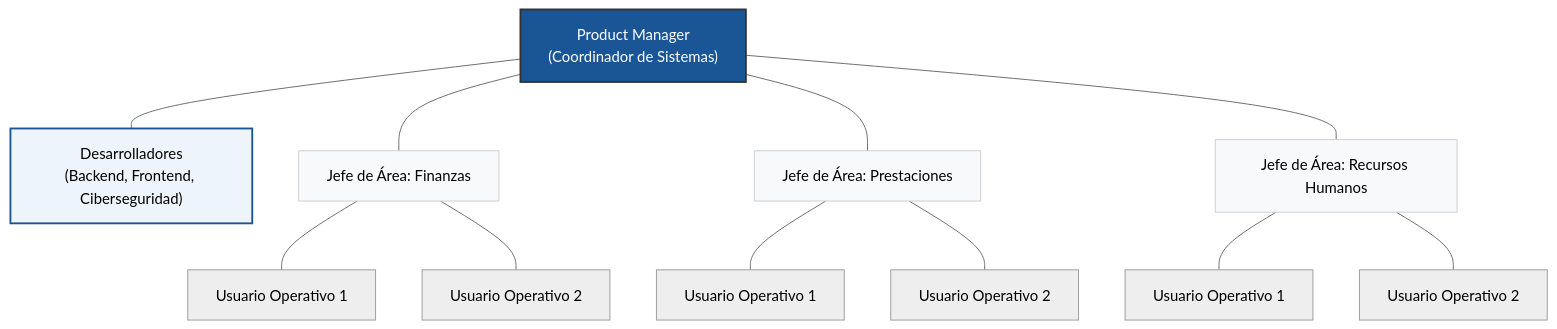
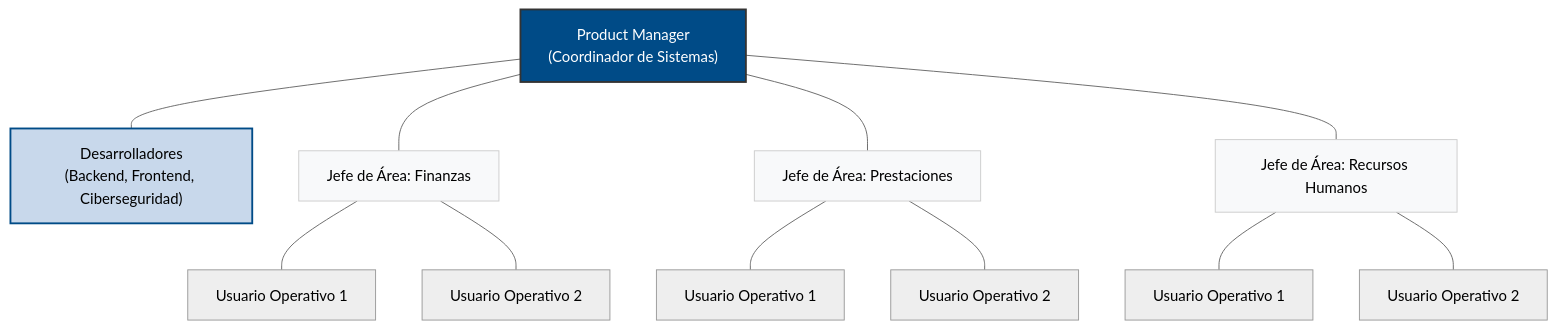
Before and after one commit to Jacquihuhe/Propuesta_Proyecto_ISSEG: the diagram in roles.mmd, drawn with Mermaid (neutral theme). The commit also changed 25 other files, not shown here.

```diff
--- a/roles.mmd
+++ b/roles.mmd
@@ -1,39 +1,39 @@
 graph TD
     %% Nivel Administrativo (Sistemas)
     PM["Product Manager<br/>(Coordinador de Sistemas)"] 
     
     %% Equipo Técnico (Sistemas)
     DEV["Desarrolladores<br/>(Backend, Frontend, Ciberseguridad)"]
     
     %% Liderazgo de Áreas Solicitantes
     JA1["Jefe de Área: Finanzas"]
     JA2["Jefe de Área: Prestaciones"]
     JA3["Jefe de Área: Recursos Humanos"]
     
     %% Personal Operativo por Área
     U1A[Usuario Operativo 1]
     U1B[Usuario Operativo 2]
     U2A[Usuario Operativo 1]
     U2B[Usuario Operativo 2]
     U3A[Usuario Operativo 1]
     U3B[Usuario Operativo 2]
 
     %% Conexiones de Jerarquía
     PM --- DEV
     PM --- JA1
     PM --- JA2
     PM --- JA3
     
     JA1 --- U1A
     JA1 --- U1B
     JA2 --- U2A
     JA2 --- U2B
     JA3 --- U3A
     JA3 --- U3B
 
     %% Estilos
-    style PM fill:#1a5696,stroke:#333,stroke-width:2px,color:#fff
-    style DEV fill:#eef4fb,stroke:#1a5696,stroke-width:2px
+    style PM fill:#004B87,stroke:#333,stroke-width:2px,color:#fff
+    style DEV fill:#C8D8EB,stroke:#004B87,stroke-width:2px
     style JA1 fill:#f8f9fa,stroke:#ccc
     style JA2 fill:#f8f9fa,stroke:#ccc
     style JA3 fill:#f8f9fa,stroke:#ccc
```
